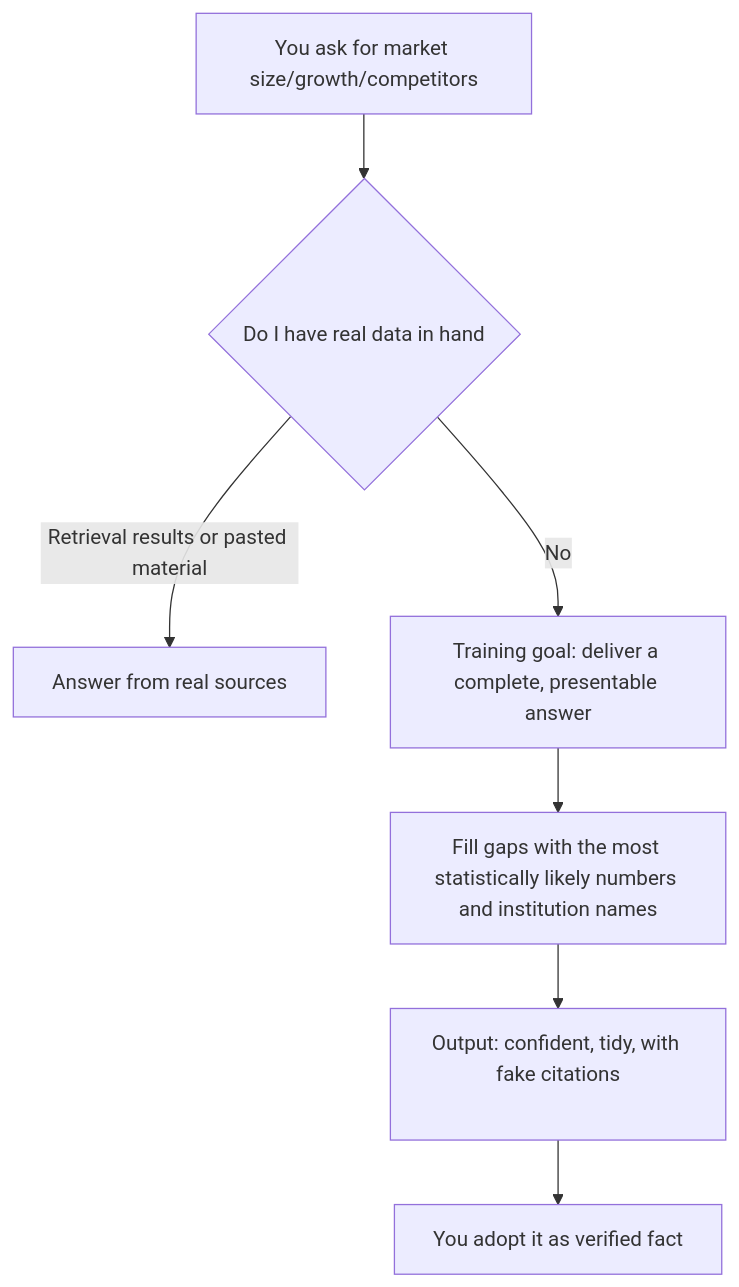
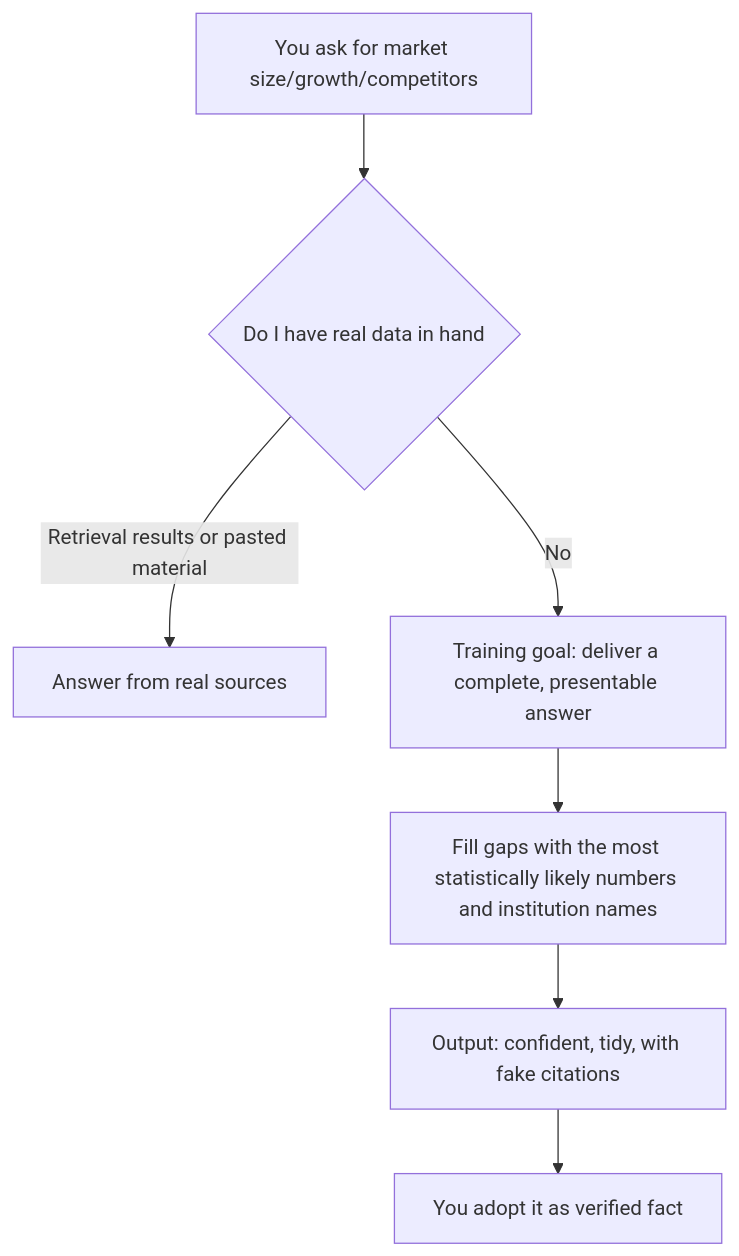
The diagram in i18n/en/docusaurus-plugin-content-docs/current/01-ideation-feasibility/fabricated-research-data.mdx (XuebinMa/AIWiki), drawn with Mermaid before and after one commit. The commit also changed 99 other files, not shown here.

First line of the commit message:
fix(mermaid): 全局根治节点文字裁切（htmlLabels:false + 清理 br/nbsp 占位）(#26)

````diff
--- a/i18n/en/docusaurus-plugin-content-docs/current/01-ideation-feasibility/fabricated-research-data.mdx
+++ b/i18n/en/docusaurus-plugin-content-docs/current/01-ideation-feasibility/fabricated-research-data.mdx
@@ -38,9 +38,9 @@
 ```mermaid
 flowchart TD
     A[You ask for market size/growth/competitors] --> B{Do I have real data in hand}
     B -->|Retrieval results or pasted material| C[Answer from real sources]
     B -->|No| D[Training goal: deliver a complete, presentable answer]
     D --> E[Fill gaps with the most statistically likely numbers and institution names]
-    E --> F[Output: confident, tidy, with fake citations<br/>&nbsp;]
+    E --> F[Output: confident, tidy, with fake citations]
     F --> G[You adopt it as verified fact]
 ```
````
